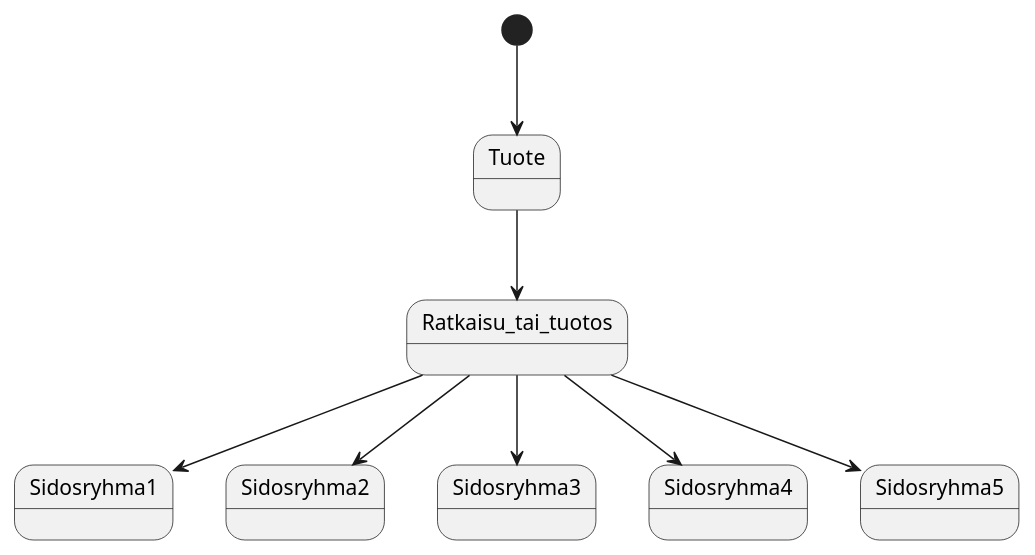
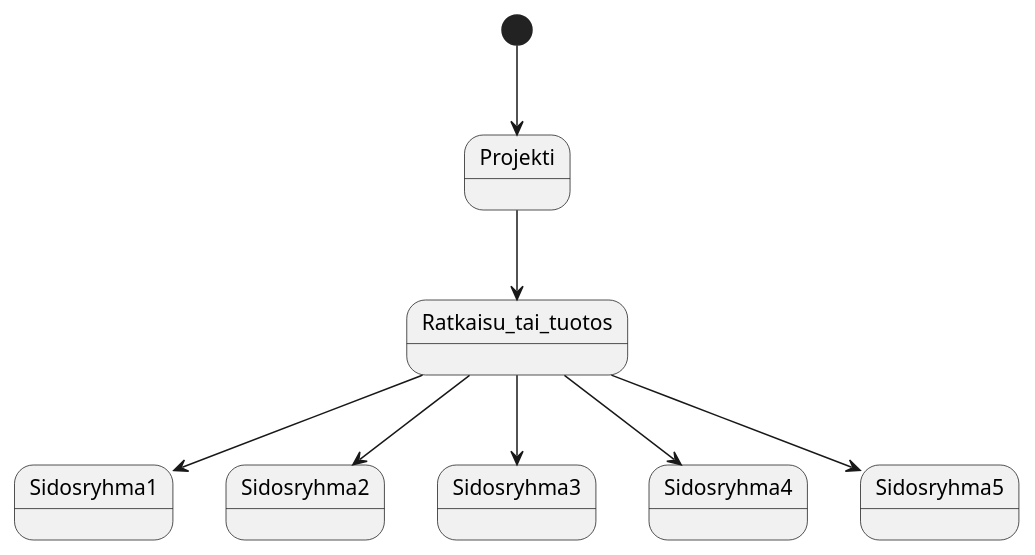
One commit to ninaleo/ransut-core changed the diagram in dokumentit/10-Projektinhallinta/projektisuunnitelma.md. Above: the diagram before and after it, drawn with PlantUML.

````diff
--- a/dokumentit/10-Projektinhallinta/projektisuunnitelma.md
+++ b/dokumentit/10-Projektinhallinta/projektisuunnitelma.md
@@ -60,9 +60,9 @@
 ```plantuml
-[*] --> Tuote
-Tuote --> Ratkaisu_tai_tuotos
+[*] --> Projekti
+Projekti --> Ratkaisu_tai_tuotos
 Ratkaisu_tai_tuotos --> Sidosryhma1
 Ratkaisu_tai_tuotos --> Sidosryhma2
 Ratkaisu_tai_tuotos --> Sidosryhma3
 Ratkaisu_tai_tuotos --> Sidosryhma4
 Ratkaisu_tai_tuotos --> Sidosryhma5
 ```
````
